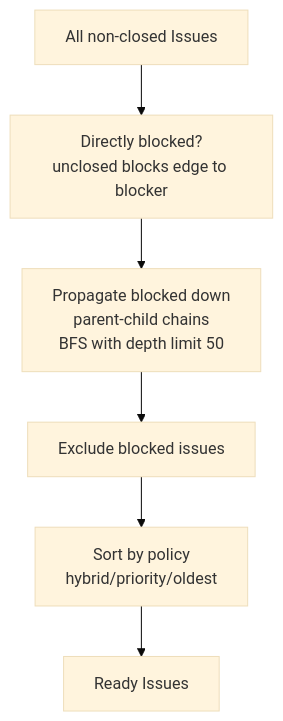
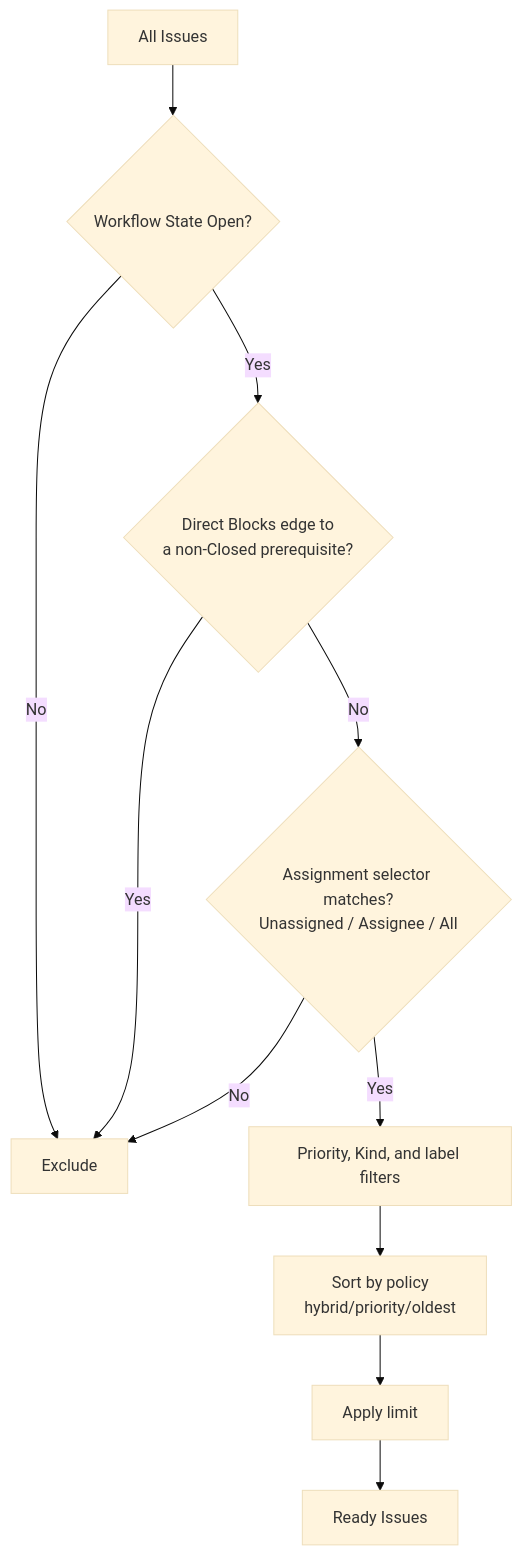
Before and after one commit to dwalleck/rivets: the third of 6 diagrams in docs/architecture.md, drawn with Mermaid (base theme). The commit also changed other lines of this file and 26 other files, not shown here.

````diff
--- a/docs/architecture.md
+++ b/docs/architecture.md
@@ -208,8 +208,13 @@
 ```mermaid
 graph TD
-    Start[All non-closed Issues] --> Direct[Directly blocked?<br/>unclosed blocks edge to blocker]
-    Direct --> Transitive[Propagate blocked down<br/>parent-child chains<br/>BFS with depth limit 50]
-    Transitive --> Filter[Exclude blocked issues]
+    Start[All Issues] --> Open{Workflow State Open?}
+    Open -->|No| Exclude[Exclude]
+    Open -->|Yes| Blocked{Direct Blocks edge to<br/>a non-Closed prerequisite?}
+    Blocked -->|Yes| Exclude
+    Blocked -->|No| Assignment{Assignment selector matches?<br/>Unassigned / Assignee / All}
+    Assignment -->|No| Exclude
+    Assignment -->|Yes| Filter[Priority, Kind, and label filters]
     Filter --> Sort[Sort by policy<br/>hybrid/priority/oldest]
-    Sort --> Result[Ready Issues]
+    Sort --> Limit[Apply limit]
+    Limit --> Result[Ready Issues]
 ```
````
